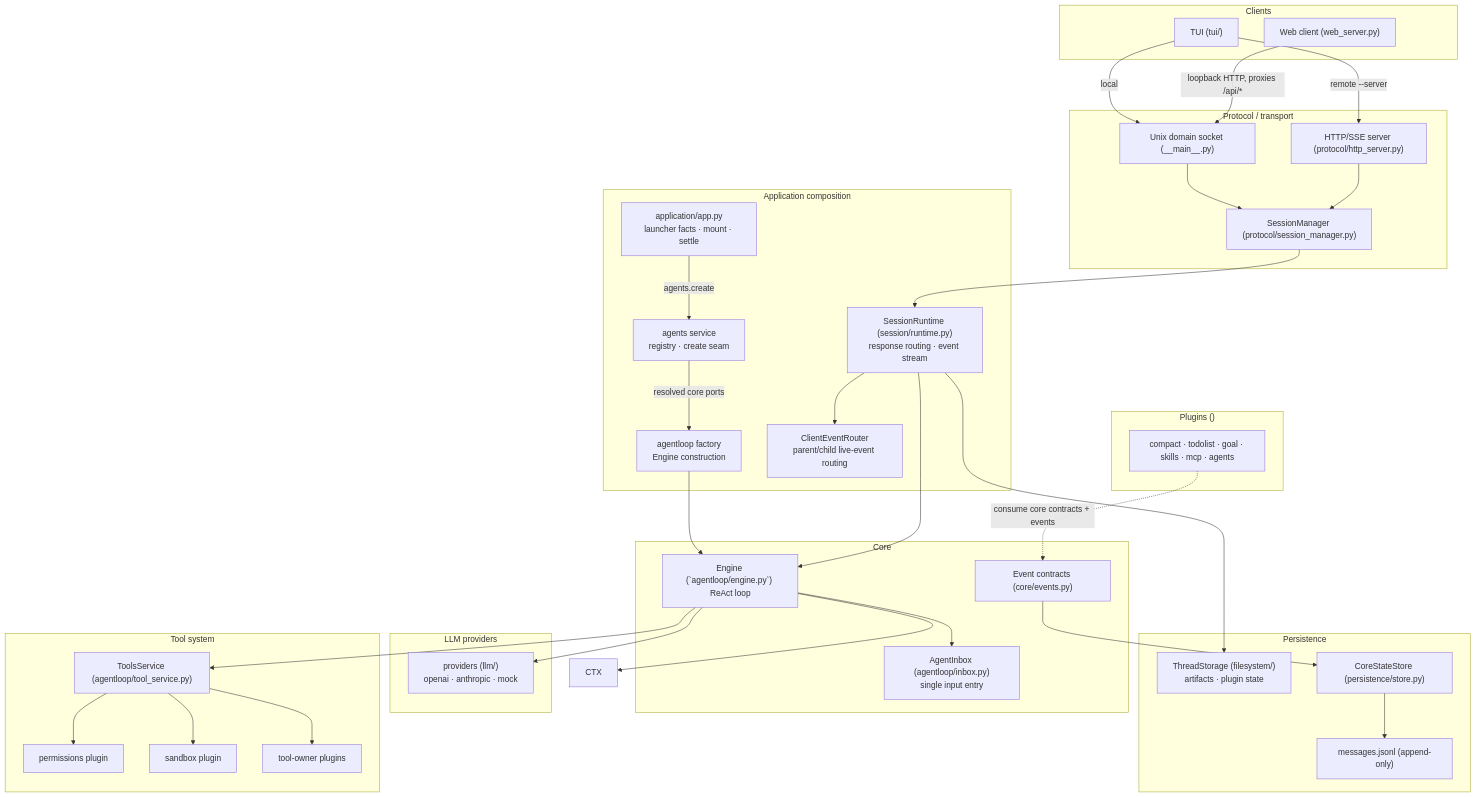
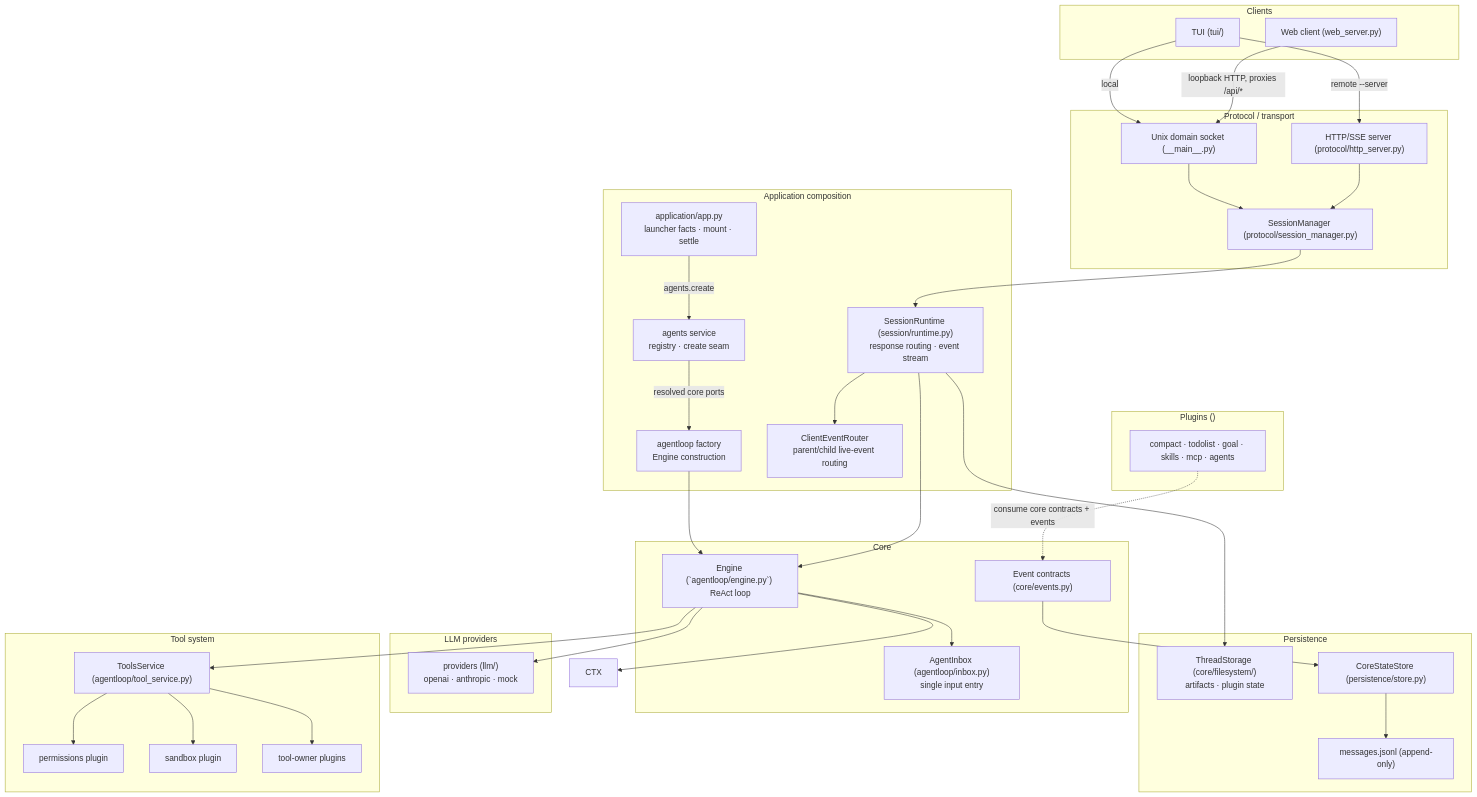
Before and after one commit to dukmu/XBot: the first of 2 diagrams in XBotv2/docs/architecture.md, drawn with Mermaid. The commit also changed 12 other files, not shown here.

First line of the commit message:
refactor(core): move filesystem package into core

````diff
--- a/XBotv2/docs/architecture.md
+++ b/XBotv2/docs/architecture.md
@@ -25,71 +25,71 @@
 ```mermaid
 flowchart TB
     subgraph Clients
         TUI["TUI (tui/)"]
         WEB["Web client (web_server.py)"]
     end
 
     subgraph Transport["Protocol / transport"]
         UDS["Unix domain socket (__main__.py)"]
         HTTP["HTTP/SSE server (protocol/http_server.py)"]
         SCM["SessionManager (protocol/session_manager.py)"]
     end
 
     subgraph Core["Core"]
         ENG["Engine (`agentloop/engine.py`) ReAct loop"]
         IBX["AgentInbox (agentloop/inbox.py)<br/>single input entry"]
         EVT["Event contracts (core/events.py)"]
     end
 
     subgraph Application["Application composition"]
         APP["application/app.py<br/>launcher facts · mount · settle"]
         AGS["agents service<br/>registry · create seam"]
         FAC["agentloop factory<br/>Engine construction"]
         SRT["SessionRuntime (session/runtime.py)<br/>response routing · event stream"]
         CER["ClientEventRouter<br/>parent/child live-event routing"]
     end
 
     subgraph ToolsLayer["Tool system"]
         REG["ToolsService (agentloop/tool_service.py)"]
         PERM["permissions plugin"]
         SBX["sandbox plugin"]
         BT["tool-owner plugins"]
     end
 
     subgraph ProvidersLayer["LLM providers"]
         LLM["providers (llm/)<br/>openai · anthropic · mock"]
     end
 
     subgraph PersistenceLayer["Persistence"]
-        STORAGE["ThreadStorage (filesystem/)<br/>artifacts · plugin state"]
+        STORAGE["ThreadStorage (core/filesystem/)<br/>artifacts · plugin state"]
         STORE["CoreStateStore (persistence/store.py)"]
         JRNL["messages.jsonl (append-only)"]
     end
 
     subgraph PluginsLayer["Plugins ()"]
         P["compact · todolist · goal · skills · mcp · agents"]
     end
 
     TUI -->|"local"| UDS
     TUI -->|"remote --server"| HTTP
     WEB -->|"loopback HTTP, proxies /api/*"| UDS
     UDS --> SCM
     HTTP --> SCM
     SCM --> SRT
     APP -->|"agents.create"| AGS
     AGS -->|"resolved core ports"| FAC
     FAC --> ENG
     SRT --> ENG
     SRT --> CER
     ENG --> CTX
     ENG --> IBX
     ENG --> REG
     REG --> PERM
     REG --> SBX
     REG --> BT
     ENG --> LLM
     SRT --> STORAGE
     EVT --> STORE
     STORE --> JRNL
     P -. "consume core contracts + events" .-> EVT
 ```
````
